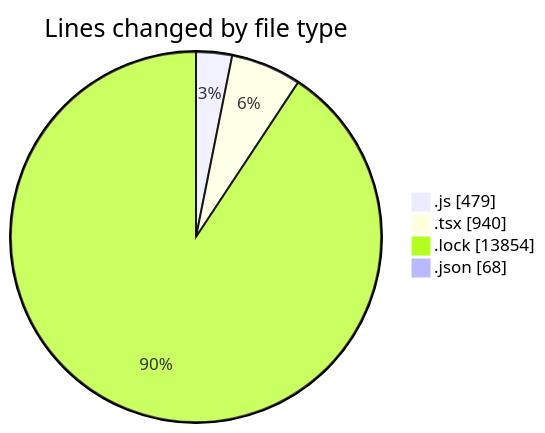
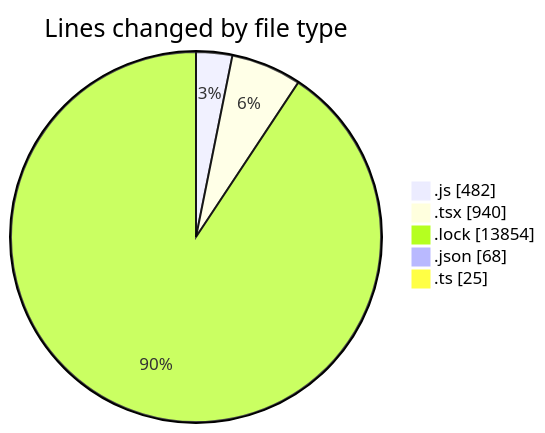
One commit to momahboobian/code-tracking changed the first of 2 diagrams in 2026-06-16/cda/README.md. Above: the diagram before and after it, drawn with Mermaid. The commit also changed other lines of this file and 1 other file, not shown here.

````diff
--- a/2026-06-16/cda/README.md
+++ b/2026-06-16/cda/README.md
@@ -28,8 +29,9 @@
 ```mermaid
 pie showData
 title Lines changed by file type
-".js" : 479
+".js" : 482
 ".tsx" : 940
 ".lock" : 13854
 ".json" : 68
+".ts" : 25
 ```
````
